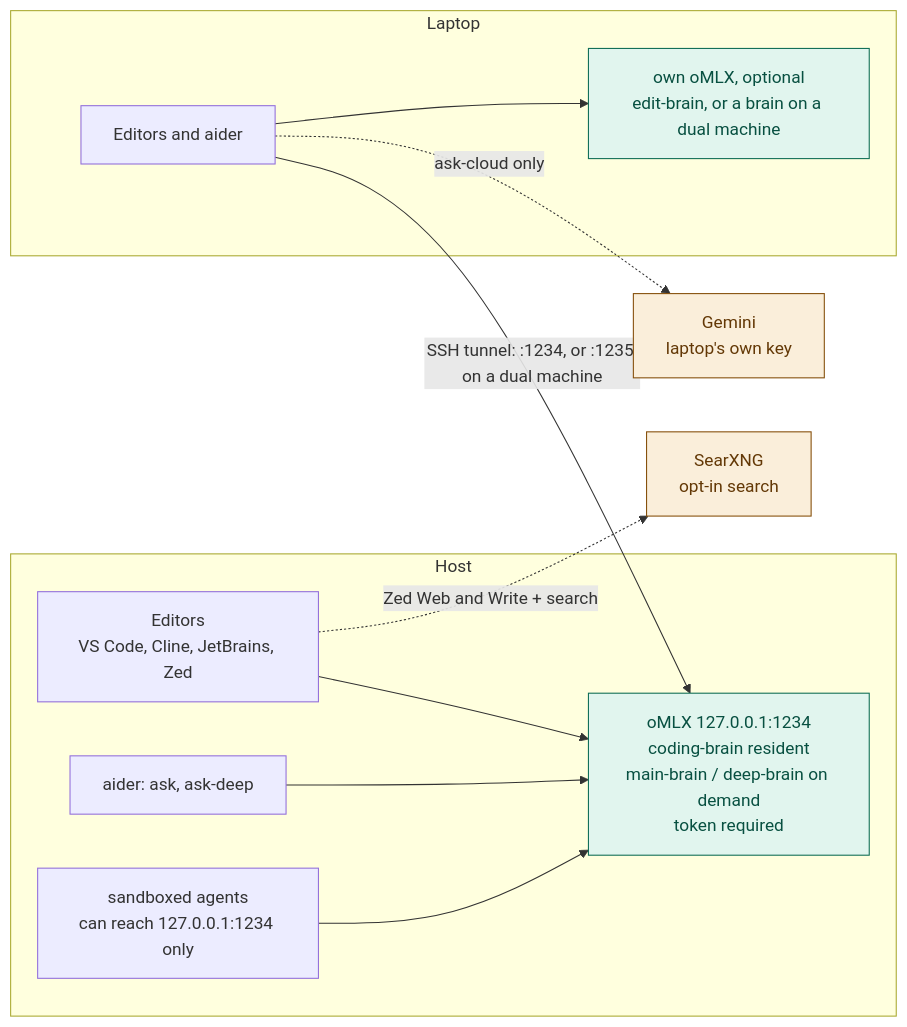
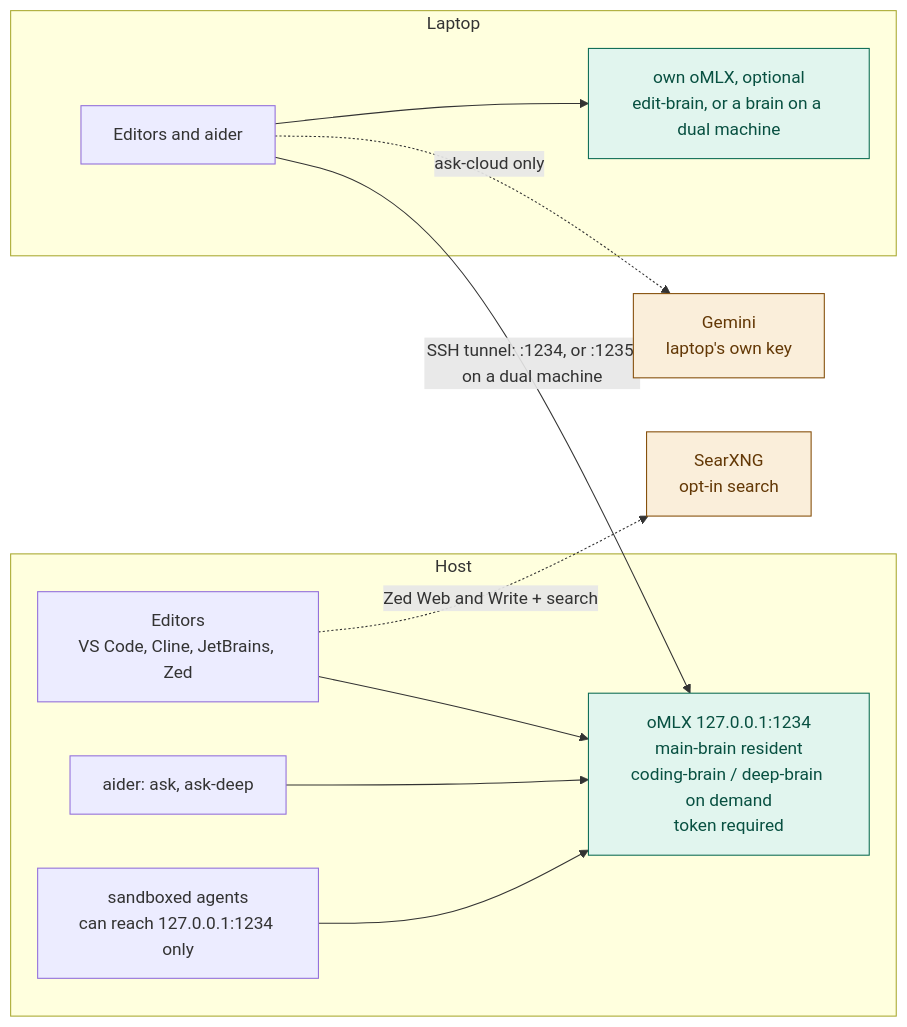
The diagram in README.md (ouster/hearth), drawn with Mermaid before and after one commit. The commit also changed other lines of this file and 23 other files, not shown here.

First line of the commit message:
Make main-brain the resident on every tier (ADR 0048).

````diff
--- a/README.md
+++ b/README.md
@@ -700,28 +705,28 @@
 ```mermaid
 flowchart LR
     subgraph host["Host"]
         editors["Editors<br/>VS Code, Cline, JetBrains, Zed"]
         aider["aider: ask, ask-deep"]
         sbx["sandboxed agents<br/>can reach 127.0.0.1:1234 only"]
-        srv["oMLX 127.0.0.1:1234<br/>coding-brain resident<br/>main-brain / deep-brain on demand<br/>token required"]
+        srv["oMLX 127.0.0.1:1234<br/>main-brain resident<br/>coding-brain / deep-brain on demand<br/>token required"]
     end
     subgraph laptop["Laptop"]
         lapps["Editors and aider"]
         own["own oMLX, optional<br/>edit-brain, or a brain on a dual machine"]
     end
     cloud["Gemini<br/>laptop's own key"]
     searx["SearXNG<br/>opt-in search"]
 
     editors --> srv
     aider --> srv
     sbx --> srv
     lapps -->|"SSH tunnel: :1234, or :1235 on a dual machine"| srv
     lapps --> own
     lapps -.->|"ask-cloud only"| cloud
     editors -.->|"Zed Web and Write + search"| searx
 
     classDef localCls fill:#E1F5EE,stroke:#0F6E56,color:#085041
     classDef leaveCls fill:#FAEEDA,stroke:#854F0B,color:#633806
     class srv,own localCls
     class cloud,searx leaveCls
 ```
````
